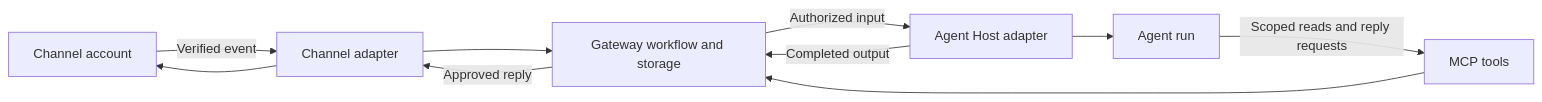
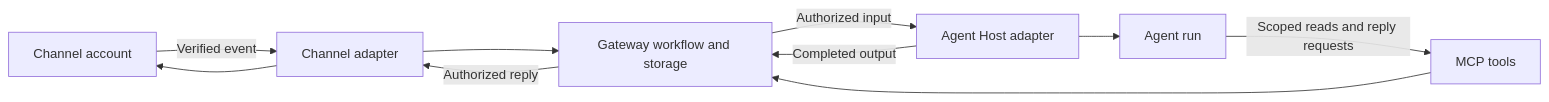
The diagram in spec/00-overview.md (saurlax/agent-causeway), drawn with Mermaid before and after one commit. The commit also changed other lines of this file and 38 other files, not shown here.

````diff
--- a/spec/00-overview.md
+++ b/spec/00-overview.md
@@ -21,12 +21,12 @@
 ```mermaid
 flowchart LR
     Channel[Channel account] -->|Verified event| Ingress[Channel adapter]
     Ingress --> Workflow[Gateway workflow and storage]
     Workflow -->|Authorized input| Host[Agent Host adapter]
     Host --> Agent[Agent run]
     Agent -->|Scoped reads and reply requests| MCP[MCP tools]
     MCP --> Workflow
     Host -->|Completed output| Workflow
-    Workflow -->|Approved reply| Ingress
+    Workflow -->|Authorized reply| Ingress
     Ingress --> Channel
 ```
````
